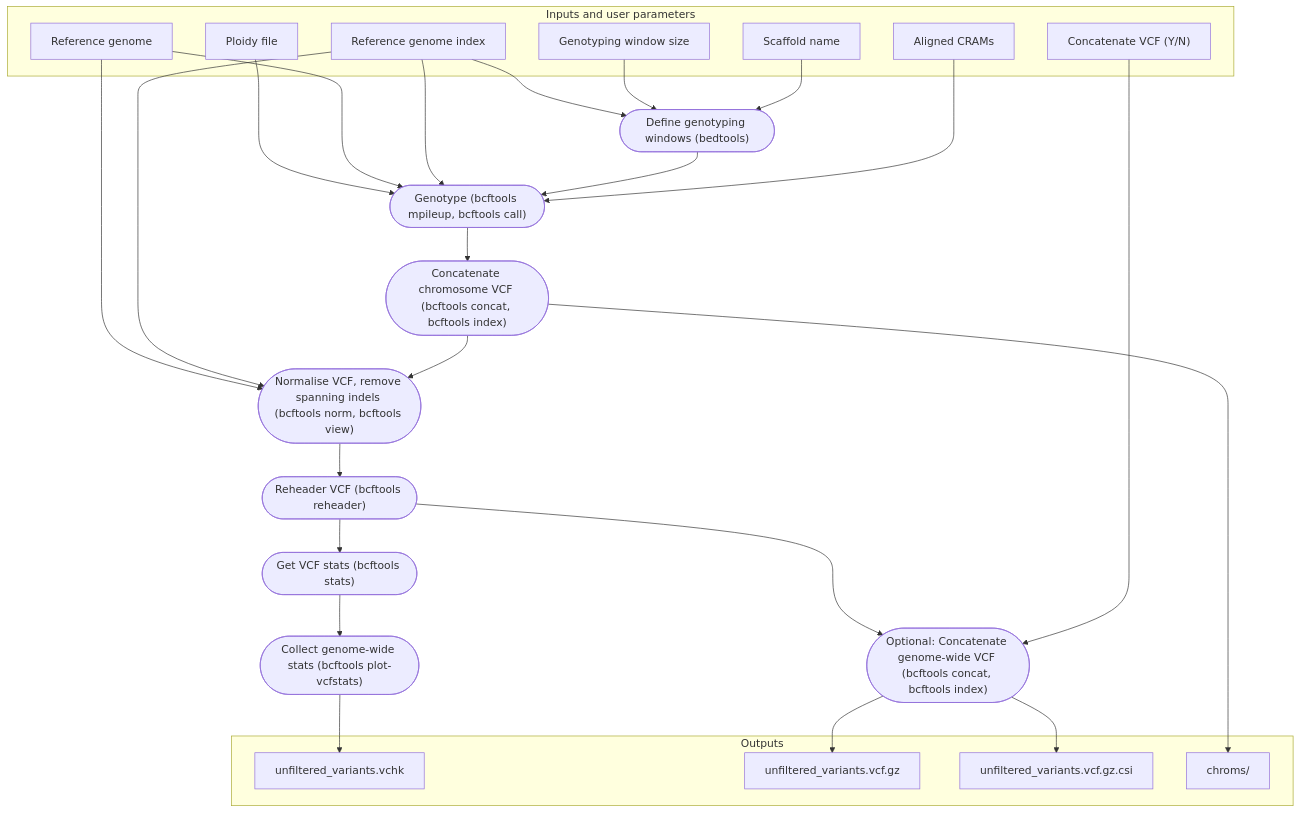
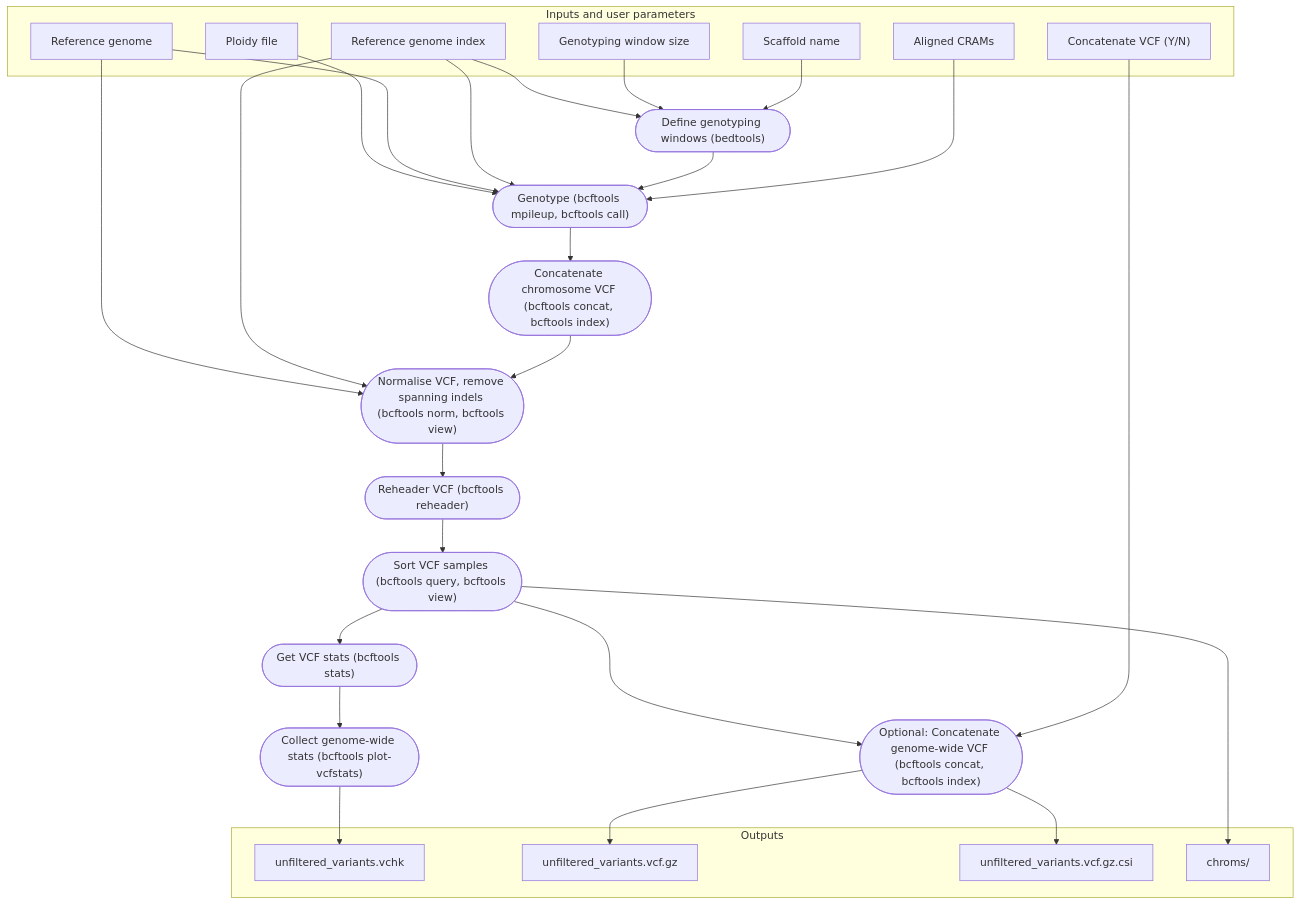
One commit to EcoEvoGenomics/genotyping_pipeline changed the second of 4 diagrams in README.md. Above: the diagram before and after it, drawn with Mermaid. The commit also changed 1 other file, not shown here.

Commit message:
Sort samples in called VCFs
Sorts with `sort -V`

````diff
--- a/README.md
+++ b/README.md
@@ -144,47 +144,49 @@
 ```mermaid
 flowchart TB
    subgraph "Inputs and user parameters"
    v6["Genotyping window size"]
    v22["Concatenate VCF (Y/N)"]
    v2["Reference genome"]
    v11["Aligned CRAMs"]
    v4["Reference genome index"]
    v7["Scaffold name"]
    v0["Ploidy file"]
    end
    v8(["Define genotyping windows (bedtools)"])
    v13(["Genotype (bcftools mpileup, bcftools call)"])
    v14(["Concatenate chromosome VCF (bcftools concat, bcftools index)"])
    v16(["Normalise VCF, remove spanning indels (bcftools norm, bcftools view)"])
    v17(["Reheader VCF (bcftools reheader)"])
+   v18(["Sort VCF samples (bcftools query, bcftools view)"])
    v19(["Get VCF stats (bcftools stats)"])
    v21(["Collect genome-wide stats (bcftools plot-vcfstats)"])
    v23(["Optional: Concatenate genome-wide VCF (bcftools concat, bcftools index)"])
    v4 --> v8
    v6 --> v8
    v7 --> v8
    v0 --> v13
    v2 --> v13
    v4 --> v13
    v8 --> v13
    v11 --> v13
    v13 --> v14
    v2 --> v16
    v4 --> v16
    v14 --> v16
    v16 --> v17
-   v17 --> v19
+   v17 --> v18
+   v18 --> v19
    v19 --> v21
-   v17 --> v23
+   v18 --> v23
    v22 --> v23
    v21 --> v26
    v23 --> v24
    v23 --> v25
-   v14 --> v27
+   v18 --> v27
    subgraph "Outputs"
    v24["unfiltered_variants.vcf.gz"]
    v25["unfiltered_variants.vcf.gz.csi"]
    v26["unfiltered_variants.vchk"]
    v27["chroms/"]
    end
 ```
````
